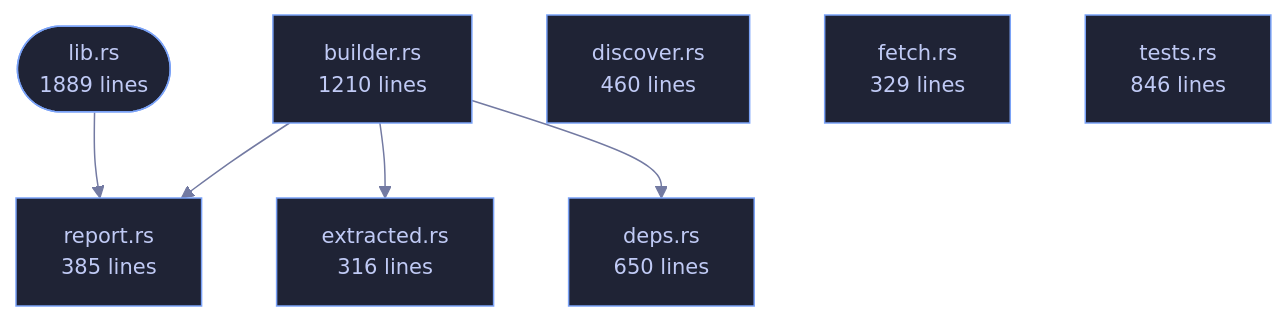
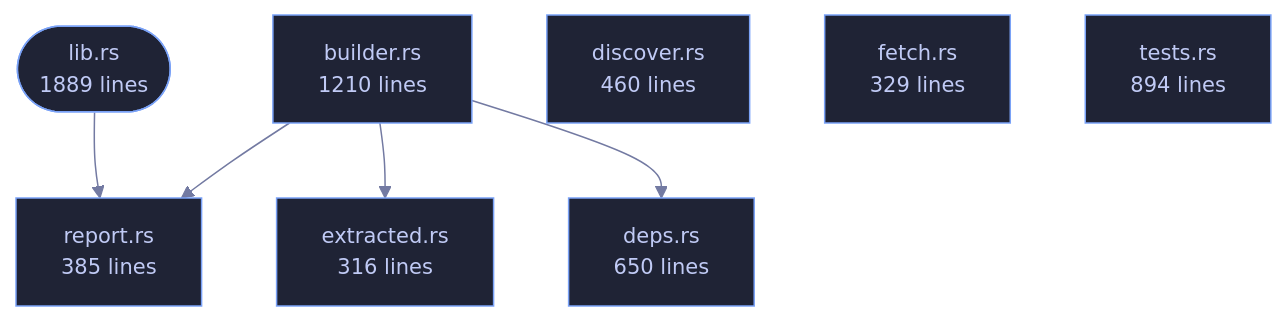
One commit to tilas01/veilvoice changed the diagram in crates/veilvoice-verify/README.md. Above: the diagram before and after it, drawn with Mermaid. The commit also changed other lines of this file and 12 other files, not shown here.

````diff
--- a/crates/veilvoice-verify/README.md
+++ b/crates/veilvoice-verify/README.md
@@ -93,24 +93,24 @@
 ```mermaid
 %%{init: {"theme":"base","themeVariables":{"background":"#1a1b26","primaryColor":"#1f2335","primaryTextColor":"#c0caf5","primaryBorderColor":"#7aa2f7","secondaryColor":"#16161e","tertiaryColor":"#16161e","lineColor":"#737aa2","textColor":"#c0caf5","mainBkg":"#1f2335","nodeBorder":"#7aa2f7","clusterBkg":"#16161e","clusterBorder":"#2f3549","fontFamily":"ui-monospace, SFMono-Regular, Consolas, monospace","fontSize":"14px"}}}%%
 flowchart TD
     n_lib(["lib.rs<br/>1889 lines"])
     n_builder["builder.rs<br/>1210 lines"]
     n_deps["deps.rs<br/>650 lines"]
     n_discover["discover.rs<br/>460 lines"]
     n_extracted["extracted.rs<br/>316 lines"]
     n_fetch["fetch.rs<br/>329 lines"]
     n_report["report.rs<br/>385 lines"]
-    n_tests["tests.rs<br/>846 lines"]
+    n_tests["tests.rs<br/>894 lines"]
     n_builder --> n_deps
     n_builder --> n_extracted
     n_builder --> n_report
     n_lib --> n_report
     click n_lib href "https://github.com/tilas01/veilvoice/blob/main/crates/veilvoice-verify/src/lib.rs" "open the source"
     click n_builder href "https://github.com/tilas01/veilvoice/blob/main/crates/veilvoice-verify/src/builder.rs" "open the source"
     click n_deps href "https://github.com/tilas01/veilvoice/blob/main/crates/veilvoice-verify/src/deps.rs" "open the source"
     click n_discover href "https://github.com/tilas01/veilvoice/blob/main/crates/veilvoice-verify/src/discover.rs" "open the source"
     click n_extracted href "https://github.com/tilas01/veilvoice/blob/main/crates/veilvoice-verify/src/extracted.rs" "open the source"
     click n_fetch href "https://github.com/tilas01/veilvoice/blob/main/crates/veilvoice-verify/src/fetch.rs" "open the source"
     click n_report href "https://github.com/tilas01/veilvoice/blob/main/crates/veilvoice-verify/src/report.rs" "open the source"
     click n_tests href "https://github.com/tilas01/veilvoice/blob/main/crates/veilvoice-verify/src/tests.rs" "open the source"
 ```
````
